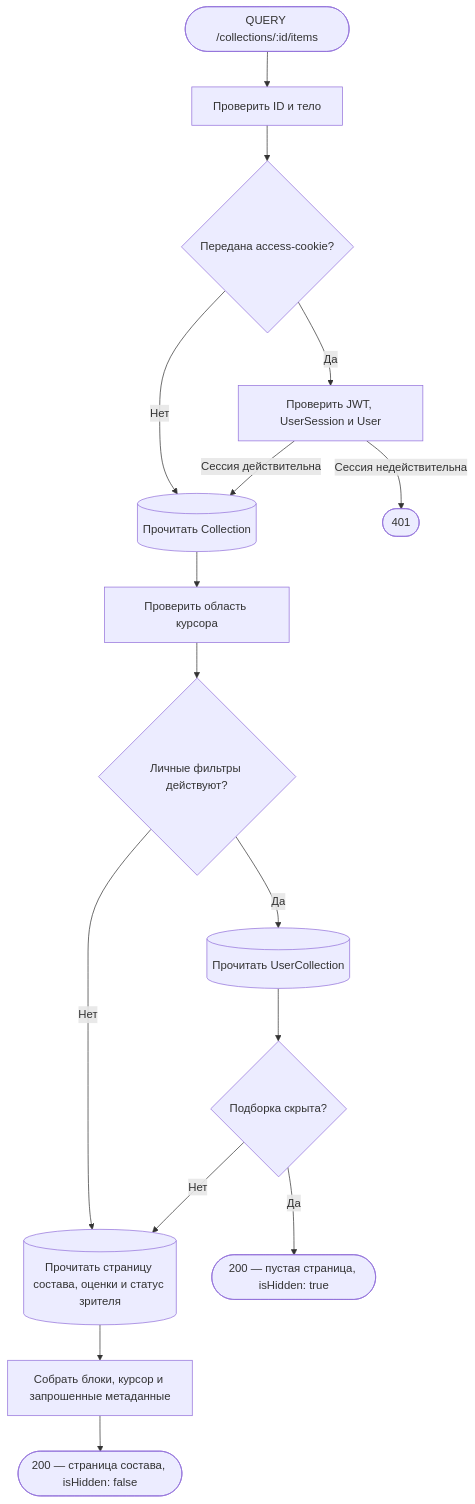
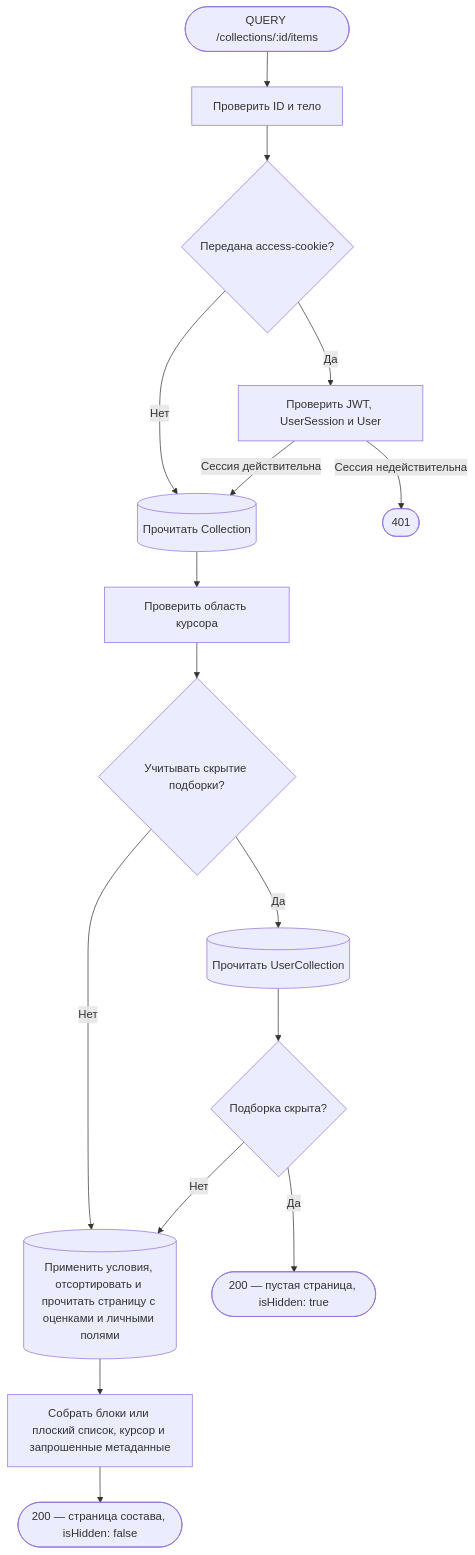
One commit to AmyGrooove/f95-tinder changed the second of 8 diagrams in apps/api/public/docs/api/requestFlows/collections.md. Above: the diagram before and after it, drawn with Mermaid. The commit also changed other lines of this file and 135 other files, not shown here.

````diff
--- a/apps/api/public/docs/api/requestFlows/collections.md
+++ b/apps/api/public/docs/api/requestFlows/collections.md
@@ -35,20 +36,20 @@
 ```mermaid
 flowchart TD
     accTitle: Чтение состава подборки
     accDescr: Проверить запрос и при необходимости сессию, прочитать подборку и вернуть страницу видимых произведений либо сигнал о скрытии
     A(["QUERY /collections/:id/items"]):::http --> B["Проверить ID и тело"]:::action
     B --> C{"Передана access-cookie?"}:::decision
     C -->|Да| D["Проверить JWT, UserSession и User"]:::action
     C -->|Нет| E[("Прочитать Collection")]:::data
     D -->|Сессия действительна| E
     D -->|Сессия недействительна| U(["401"]):::response
     E --> F["Проверить область курсора"]:::action
-    F --> G{"Личные фильтры действуют?"}:::decision
+    F --> G{"Учитывать скрытие подборки?"}:::decision
     G -->|Да| H[("Прочитать UserCollection")]:::data
-    G -->|Нет| J[("Прочитать страницу состава, оценки и статус зрителя")]:::data
+    G -->|Нет| J[("Применить условия, отсортировать и прочитать страницу с оценками и личными полями")]:::data
     H --> I{"Подборка скрыта?"}:::decision
     I -->|Да| M(["200 — пустая страница, isHidden: true"]):::response
     I -->|Нет| J
-    J --> K["Собрать блоки, курсор и запрошенные метаданные"]:::action
+    J --> K["Собрать блоки или плоский список, курсор и запрошенные метаданные"]:::action
     K --> L(["200 — страница состава, isHidden: false"]):::response
 ```
````
